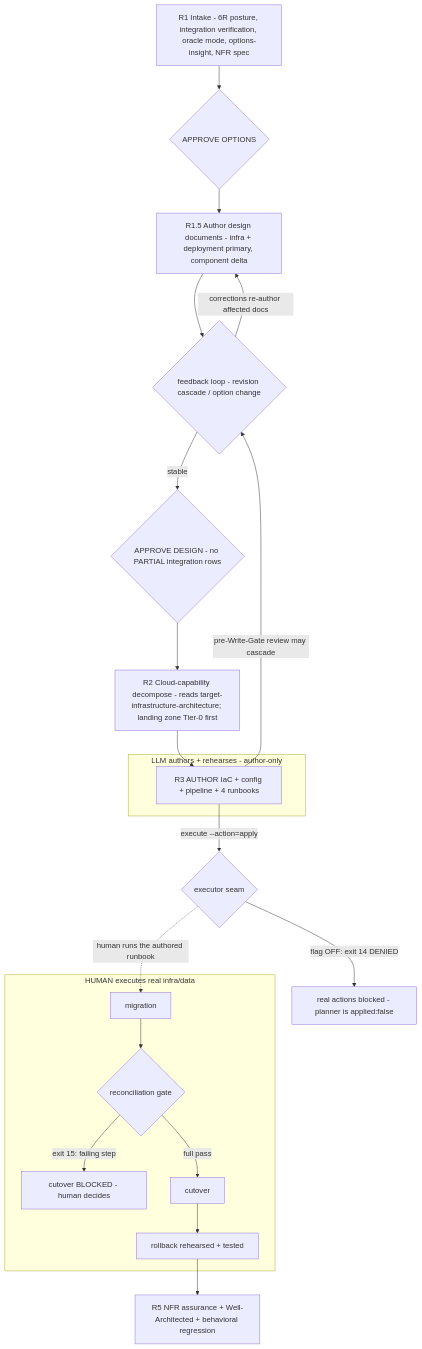
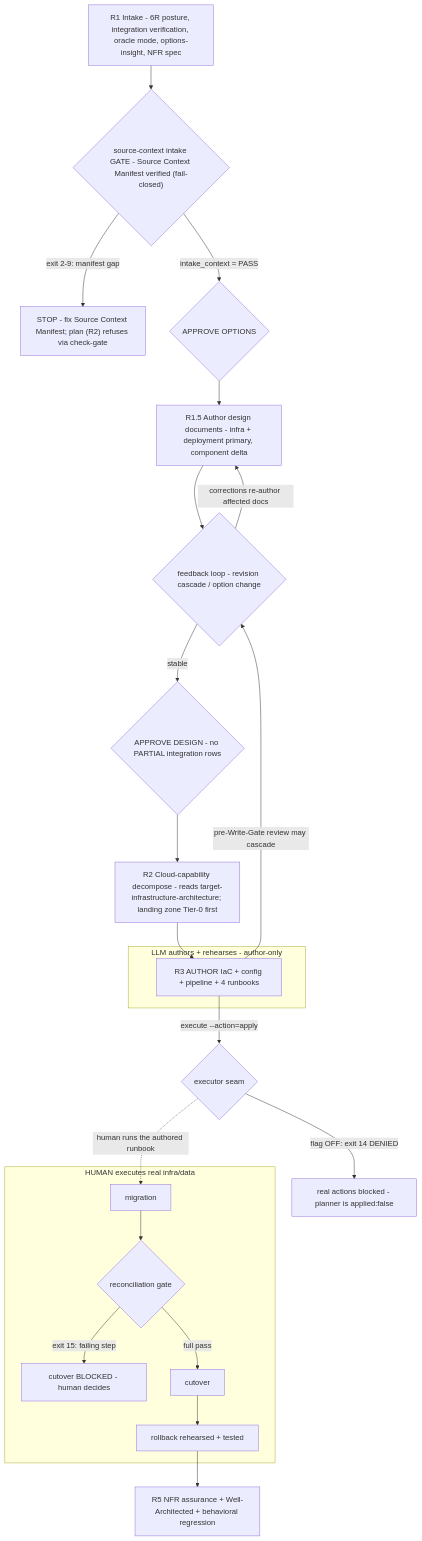
Before and after one commit to vickysrawat/AI-Assisted-development: the second of 2 diagrams in docs/architecture/replatform-skill.md, drawn with Mermaid. The commit also changed other lines of this file and 30 other files, not shown here.

````diff
--- a/docs/architecture/replatform-skill.md
+++ b/docs/architecture/replatform-skill.md
@@ -104,23 +105,25 @@
 ```mermaid
 flowchart TB
-    R1["R1 Intake - 6R posture, integration verification, oracle mode, options-insight, NFR spec"] --> AO{"APPROVE OPTIONS"}
+    R1["R1 Intake - 6R posture, integration verification, oracle mode, options-insight, NFR spec"] --> IG{"source-context intake GATE - Source Context Manifest verified (fail-closed)"}
+    IG -->|"exit 2-9: manifest gap"| IGB["STOP - fix Source Context Manifest; plan (R2) refuses via check-gate"]
+    IG -->|"intake_context = PASS"| AO{"APPROVE OPTIONS"}
     AO --> TD["R1.5 Author design documents - infra + deployment primary, component delta"]
     TD --> FB{"feedback loop - revision cascade / option change"}
     FB -->|"corrections re-author affected docs"| TD
     FB -->|"stable"| AD{"APPROVE DESIGN - no PARTIAL integration rows"}
     AD --> R2["R2 Cloud-capability decompose - reads target-infrastructure-architecture; landing zone Tier-0 first"]
     R2 --> R3["R3 AUTHOR IaC + config + pipeline + 4 runbooks"]
     subgraph LLM["LLM authors + rehearses - author-only"]
       R3
     end
     R3 -->|"pre-Write-Gate review may cascade"| FB
     R3 -->|"execute --action=apply"| SEAM{"executor seam"}
     SEAM -->|"flag OFF: exit 14 DENIED"| STOP["real actions blocked - planner is applied:false"]
     subgraph HUMAN["HUMAN executes real infra/data"]
       R4M["migration"] --> RG{"reconciliation gate"}
       RG -->|"exit 15: failing step"| BLK["cutover BLOCKED - human decides"]
       RG -->|"full pass"| CUT["cutover"] --> RB["rollback rehearsed + tested"]
     end
     SEAM -.->|"human runs the authored runbook"| R4M
     RB --> R5["R5 NFR assurance + Well-Architected + behavioral regression"]
 ```
````
